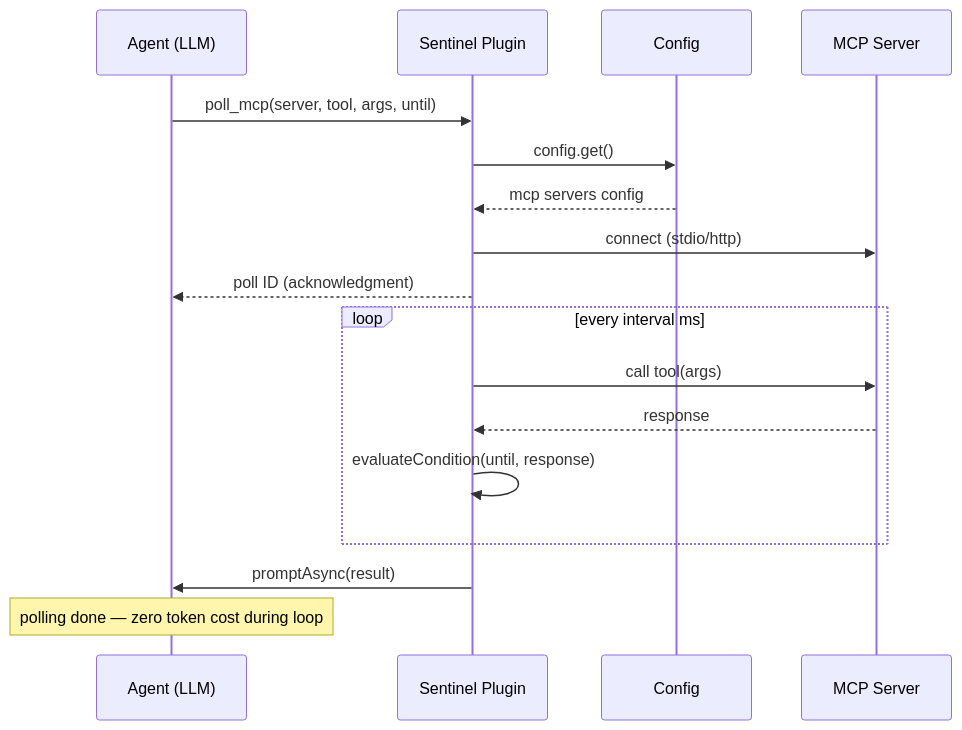
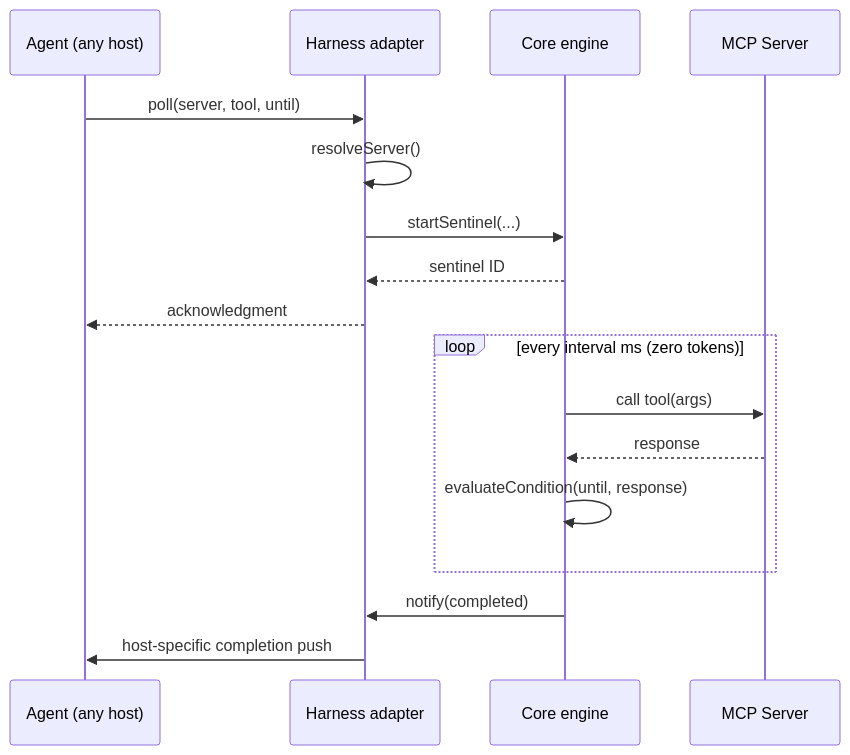
One commit to GCS-ZHN/mcp-sentinel changed the third of 3 diagrams in README.md. Above: the diagram before and after it, drawn with Mermaid. The commit also changed other lines of this file and 36 other files, not shown here.

First line of the commit message:
refactor: split core and opencode plugin into independently publishable packages

````diff
--- a/README.md
+++ b/README.md
@@ -223,22 +230,22 @@
 ```mermaid
 sequenceDiagram
-    participant A as Agent (LLM)
-    participant P as Sentinel Plugin
-    participant C as Config
+    participant A as Agent (any host)
+    participant H as Harness adapter
+    participant C as Core engine
     participant M as MCP Server
 
-    A->>P: poll_mcp(server, tool, args, until)
-    P->>C: config.get()
-    C-->>P: mcp servers config
-    P->>M: connect (stdio/http)
-    P-->>A: poll ID (acknowledgment)
+    A->>H: poll(server, tool, until)
+    H->>H: resolveServer()
+    H->>C: startSentinel(...)
+    C-->>H: sentinel ID
+    H-->>A: acknowledgment
 
-    loop every interval ms
-        P->>M: call tool(args)
-        M-->>P: response
-        P->>P: evaluateCondition(until, response)
+    loop every interval ms (zero tokens)
+        C->>M: call tool(args)
+        M-->>C: response
+        C->>C: evaluateCondition(until, response)
     end
 
-    P->>A: promptAsync(result)
-    Note over A: polling done — zero token cost during loop
+    C->>H: notify(completed)
+    H->>A: host-specific completion push
 ```
````
